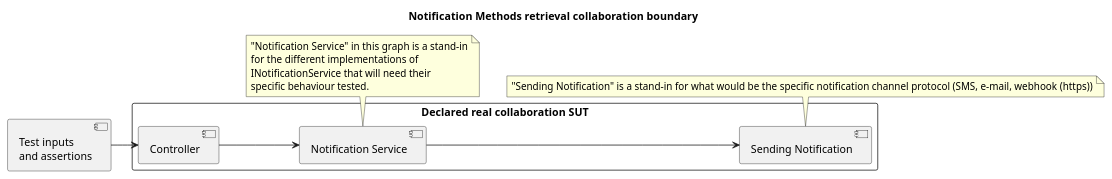
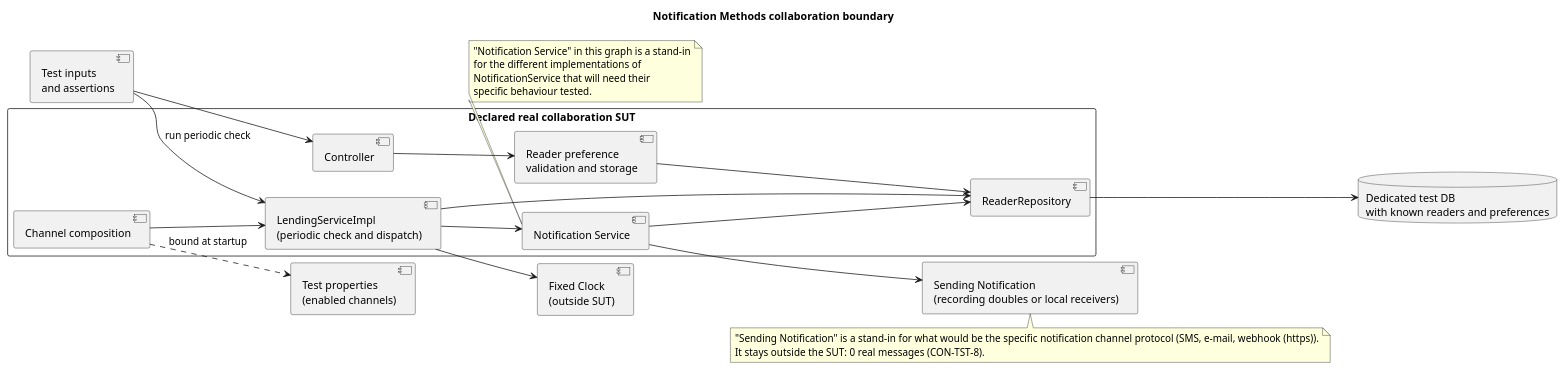
One commit to Max1124/ARQSOFT_ODSOFT_G6 changed the diagram in Docs/DocsMasterDegree/system-to-be/Images/NotificationMethodsCollaborationBoundary.puml. Above: the diagram before and after it, drawn with PlantUML. The commit also changed 20 other files, not shown here.

First line of the commit message:
docs(add): align notification methods across extensibility, configurability and testability

```diff
--- a/Docs/DocsMasterDegree/system-to-be/Images/NotificationMethodsCollaborationBoundary.puml
+++ b/Docs/DocsMasterDegree/system-to-be/Images/NotificationMethodsCollaborationBoundary.puml
@@ -1,28 +1,45 @@
 @startuml
 !pragma layout smetana
 left to right direction
 skinparam shadowing false
 skinparam backgroundColor white
-title Notification Methods retrieval collaboration boundary
+title Notification Methods collaboration boundary
 component "Test inputs\nand assertions" as Test
 rectangle "Declared real collaboration SUT" {
  component Controller
-component "Notification Service" as Service
-component "Sending Notification" as Mechanism
- Controller --> Service
- Service --> Mechanism
+ component "LendingServiceImpl\n(periodic check and dispatch)" as Lending
+ component "Channel composition" as Composition
+ component "Reader preference\nvalidation and storage" as Preferences
+ component "Notification Service" as Service
+ component "ReaderRepository" as Repo
+ Controller --> Preferences
+ Composition --> Lending
+ Lending --> Service
+ Lending --> Repo
+ Preferences --> Repo
+ Service --> Repo
 }
+component "Sending Notification\n(recording doubles or local receivers)" as Mechanism
+component "Test properties\n(enabled channels)" as Props
+component "Fixed Clock\n(outside SUT)" as Clock
+database "Dedicated test DB\nwith known readers and preferences" as DB
 Test --> Controller
+Test --> Lending : run periodic check
+Service --> Mechanism
+Composition ..> Props : bound at startup
+Lending --> Clock
+Repo --> DB
 
 
 note bottom of Service
   "Notification Service" in this graph is a stand-in
   for the different implementations of
-  INotificationService that will need their
+  NotificationService that will need their
   specific behaviour tested.
 end note
 
 note bottom of Mechanism
-  "Sending Notification" is a stand-in for what would be the specific notification channel protocol (SMS, e-mail, webhook (https))
+  "Sending Notification" is a stand-in for what would be the specific notification channel protocol (SMS, e-mail, webhook (https)).
+  It stays outside the SUT: 0 real messages (CON-TST-8).
 end note
 @enduml
```
